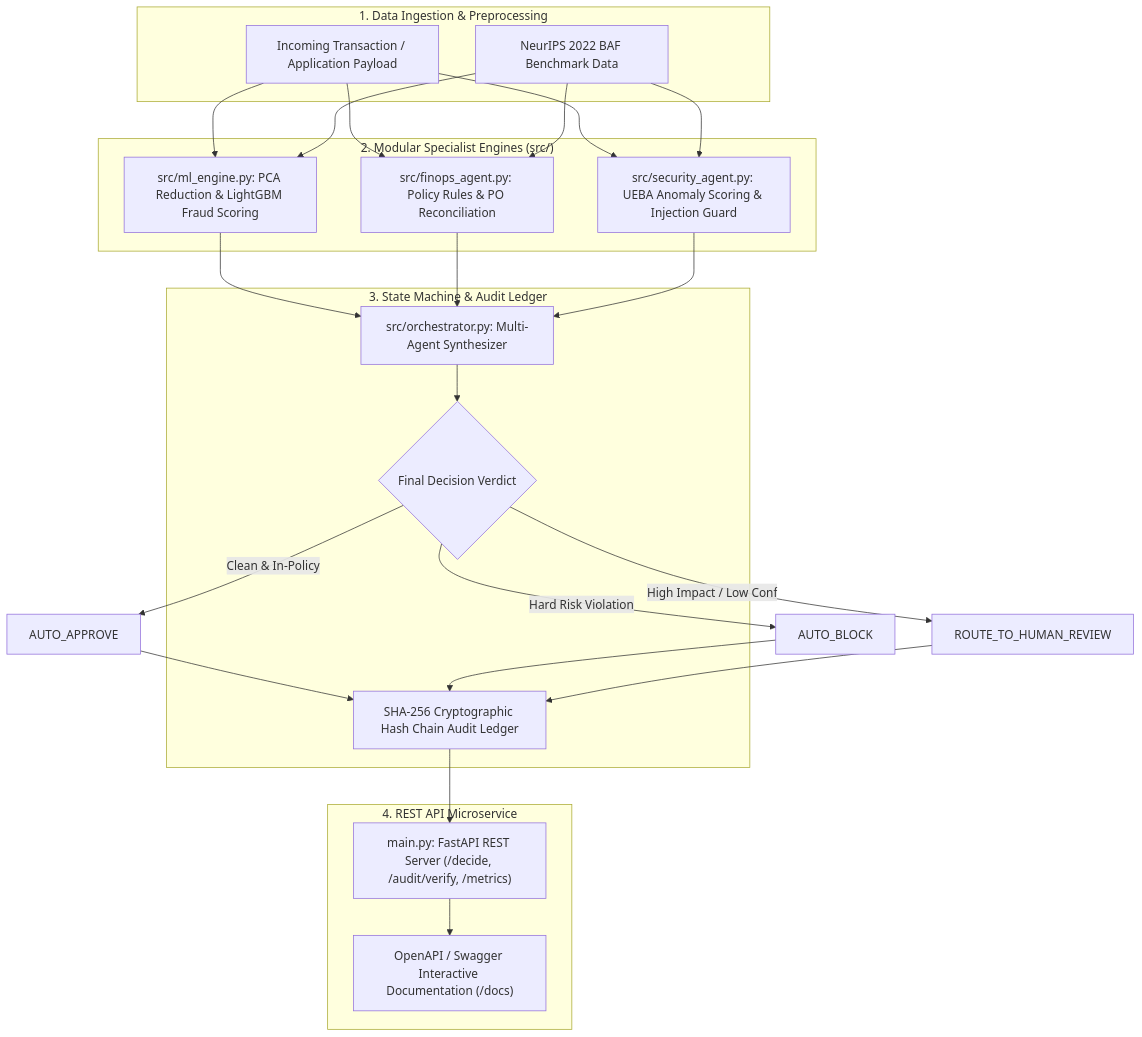
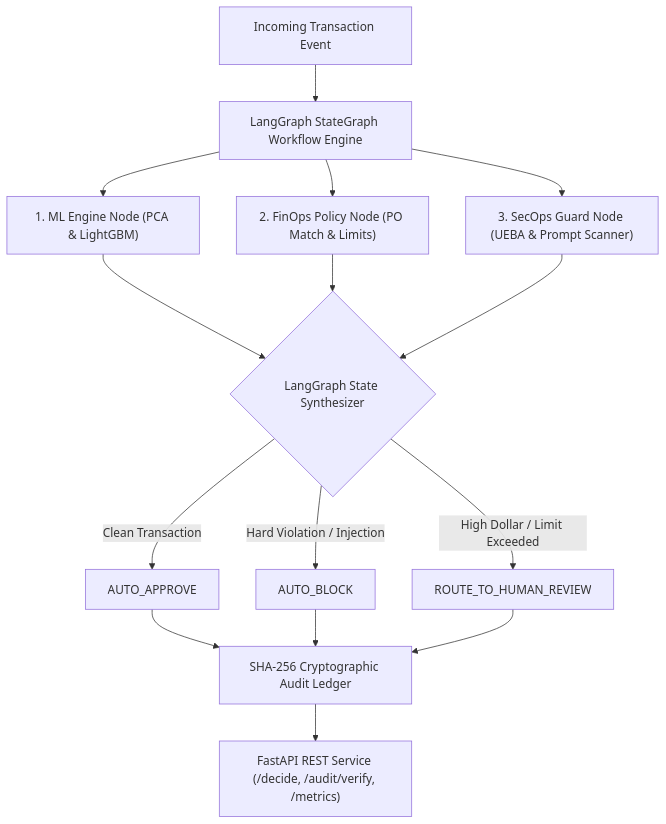
Before and after one commit to PriyankaHichkad/FinOps-Security-Agent: the diagram in README.md, drawn with Mermaid. The commit also changed 2 other files, not shown here.

Commit message:
Clean diagram

````diff
--- a/README.md
+++ b/README.md
@@ -11,33 +11,17 @@
 ```mermaid
-flowchart TD
-    subgraph Ingestion ["1. Data Ingestion & Preprocessing"]
-        InputEvent["Incoming Transaction / Application Payload"]
-        BAFData["NeurIPS 2022 BAF Benchmark Data"]
-    end
-
-    subgraph CoreEngine ["2. Modular Specialist Engines (src/)"]
-        PCAReduction["src/ml_engine.py: PCA Reduction & LightGBM Fraud Scoring"]
-        FinOpsPolicy["src/finops_agent.py: Policy Rules & PO Reconciliation"]
-        SecOpsAnomaly["src/security_agent.py: UEBA Anomaly Scoring & Injection Guard"]
-    end
-
-    subgraph OrchestratorLayer ["3. State Machine & Audit Ledger"]
-        Orchestrator["src/orchestrator.py: Multi-Agent Synthesizer"]
-        FinalVerdict{"Final Decision Verdict"}
-        HashChain["SHA-256 Cryptographic Hash Chain Audit Ledger"]
-    end
-
-    subgraph ServingLayer ["4. REST API Microservice"]
-        FastAPI["main.py: FastAPI REST Server (/decide, /audit/verify, /metrics)"]
-        SwaggerDocs["OpenAPI / Swagger Interactive Documentation (/docs)"]
-    end
-
-    InputEvent & BAFData --> PCAReduction & FinOpsPolicy & SecOpsAnomaly
-    PCAReduction & FinOpsPolicy & SecOpsAnomaly --> Orchestrator --> FinalVerdict
-
-    FinalVerdict -->|Clean & In-Policy| AutoApprove["AUTO_APPROVE"]
-    FinalVerdict -->|Hard Risk Violation| AutoBlock["AUTO_BLOCK"]
-    FinalVerdict -->|High Impact / Low Conf| HumanQueue["ROUTE_TO_HUMAN_REVIEW"]
-
-    AutoApprove & AutoBlock & HumanQueue --> HashChain --> FastAPI --> SwaggerDocs
+graph TD
+    A["Incoming Transaction Event"] --> B["LangGraph StateGraph Workflow Engine"]
+    
+    B --> C["1. ML Engine Node (PCA & LightGBM)"]
+    B --> D["2. FinOps Policy Node (PO Match & Limits)"]
+    B --> E["3. SecOps Guard Node (UEBA & Prompt Scanner)"]
+    
+    C & D & E --> F{"LangGraph State Synthesizer"}
+    
+    F -->|Clean Transaction| G["AUTO_APPROVE"]
+    F -->|Hard Violation / Injection| H["AUTO_BLOCK"]
+    F -->|High Dollar / Limit Exceeded| I["ROUTE_TO_HUMAN_REVIEW"]
+    
+    G & H & I --> J["SHA-256 Cryptographic Audit Ledger"]
+    J --> K["FastAPI REST Service (/decide, /audit/verify, /metrics)"]
 ```
````
